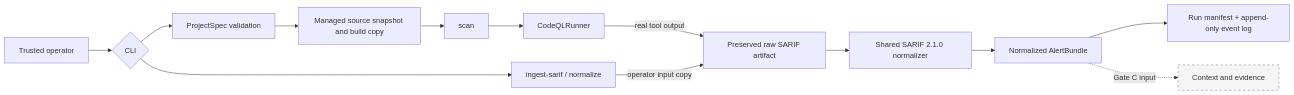
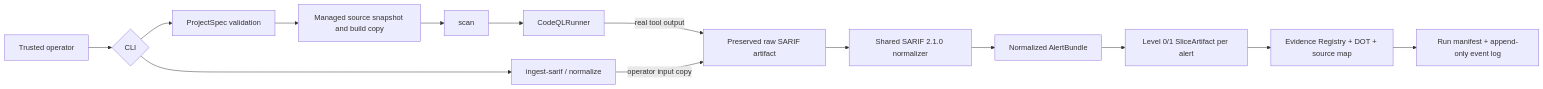
Before and after one commit to SeverusNg/EviTriage-QL: the diagram in README.md, drawn with Mermaid. The commit also changed other lines of this file and 59 other files, not shown here.

First line of the commit message:
feat: complete Gate C evidence pipeline

````diff
--- a/README.md
+++ b/README.md
@@ -32,16 +37,16 @@
 ```mermaid
 flowchart LR
     U[Trusted operator] --> C{CLI}
     C --> V[ProjectSpec validation]
     V --> W[Managed source snapshot and build copy]
     C --> I[ingest-sarif / normalize]
     W --> S[scan]
     S --> R[CodeQLRunner]
     R -->|real tool output| RAW[Preserved raw SARIF artifact]
     I -->|operator input copy| RAW
     RAW --> N[Shared SARIF 2.1.0 normalizer]
     N --> A[Normalized AlertBundle]
-    A --> J[Run manifest + append-only event log]
-    A -. Gate C input .-> E[Context and evidence]:::future
-    classDef future fill:#f5f5f5,stroke:#777,stroke-dasharray: 5 5;
+    A --> X[Level 0/1 SliceArtifact per alert]
+    X --> E[Evidence Registry + DOT + source map]
+    E --> J[Run manifest + append-only event log]
 ```
````
